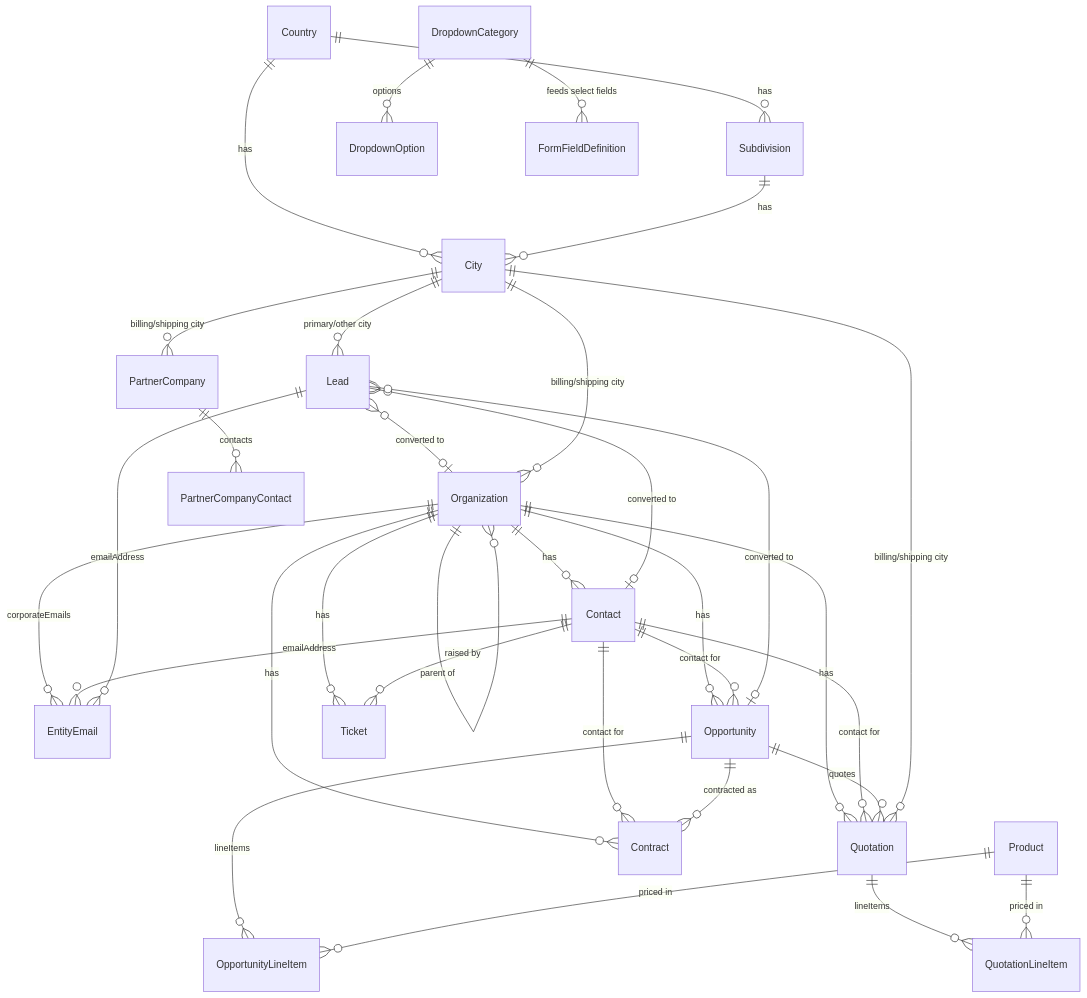
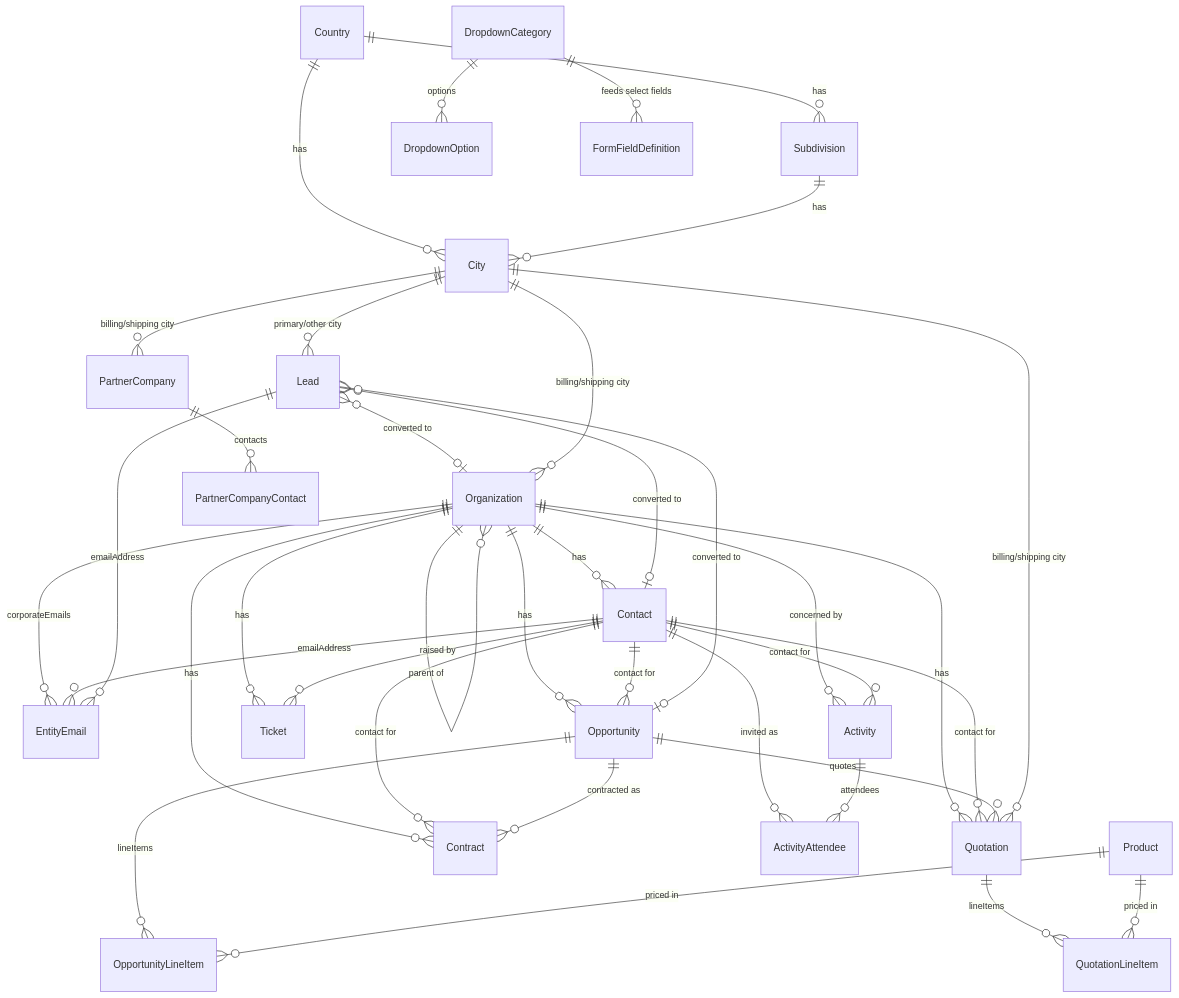
Before and after one commit to shivansh14503/nandini-crm: the diagram in docs/database-design.md, drawn with Mermaid. The commit also changed other lines of this file and 90 other files, not shown here.

````diff
--- a/docs/database-design.md
+++ b/docs/database-design.md
@@ -69,35 +73,39 @@
 ```mermaid
 erDiagram
     Organization ||--o{ Organization : "parent of"
     Organization ||--o{ EntityEmail : "corporateEmails"
     Organization ||--o{ Contact : has
     Organization ||--o{ Opportunity : has
     Organization ||--o{ Quotation : has
     Organization ||--o{ Ticket : has
     Organization ||--o{ Contract : has
+    Organization ||--o{ Activity : "concerned by"
     Contact ||--o{ EntityEmail : emailAddress
     Contact ||--o{ Opportunity : "contact for"
     Contact ||--o{ Quotation : "contact for"
     Contact ||--o{ Ticket : "raised by"
     Contact ||--o{ Contract : "contact for"
+    Contact ||--o{ Activity : "contact for"
+    Contact ||--o{ ActivityAttendee : "invited as"
+    Activity ||--o{ ActivityAttendee : attendees
     Lead ||--o{ EntityEmail : emailAddress
     Lead }o--o| Organization : "converted to"
     Lead }o--o| Contact : "converted to"
     Lead }o--o| Opportunity : "converted to"
     Opportunity ||--o{ OpportunityLineItem : lineItems
     Opportunity ||--o{ Quotation : quotes
     Opportunity ||--o{ Contract : "contracted as"
     Quotation ||--o{ QuotationLineItem : lineItems
     Product ||--o{ OpportunityLineItem : "priced in"
     Product ||--o{ QuotationLineItem : "priced in"
     PartnerCompany ||--o{ PartnerCompanyContact : contacts
     Country ||--o{ Subdivision : has
     Country ||--o{ City : has
     Subdivision ||--o{ City : has
     City ||--o{ Organization : "billing/shipping city"
     City ||--o{ Lead : "primary/other city"
     City ||--o{ Quotation : "billing/shipping city"
     City ||--o{ PartnerCompany : "billing/shipping city"
     DropdownCategory ||--o{ DropdownOption : options
     DropdownCategory ||--o{ FormFieldDefinition : "feeds select fields"
 ```
````
